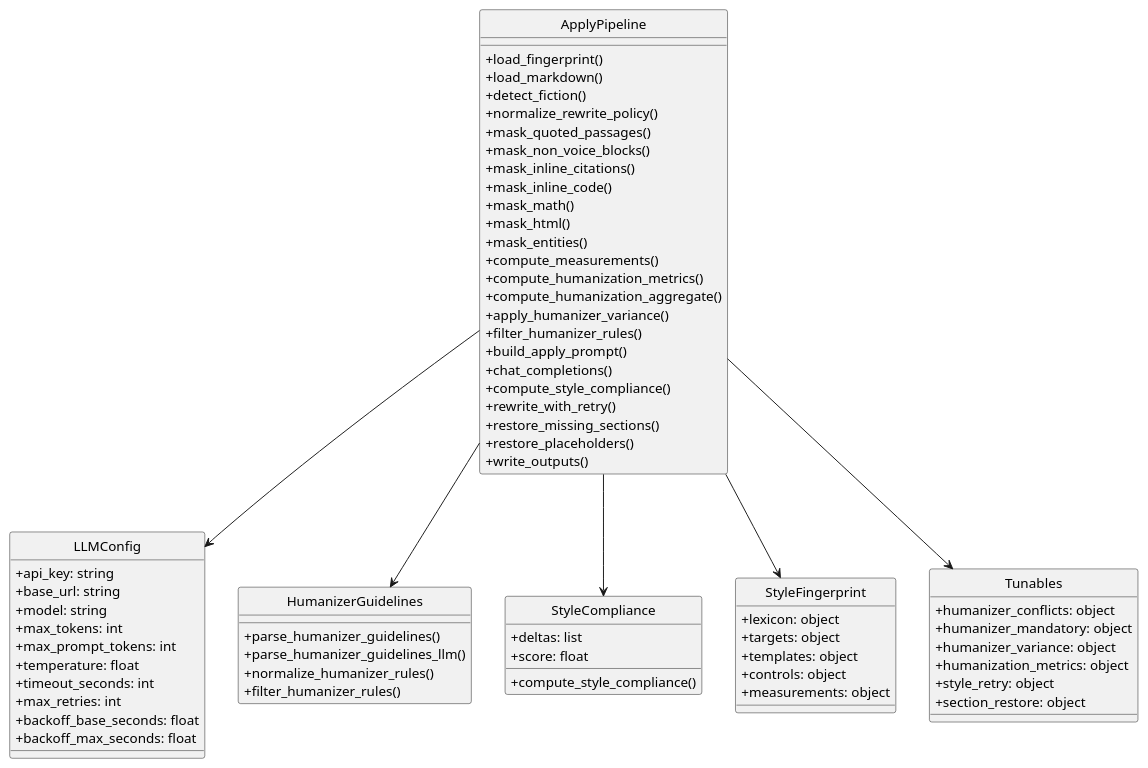
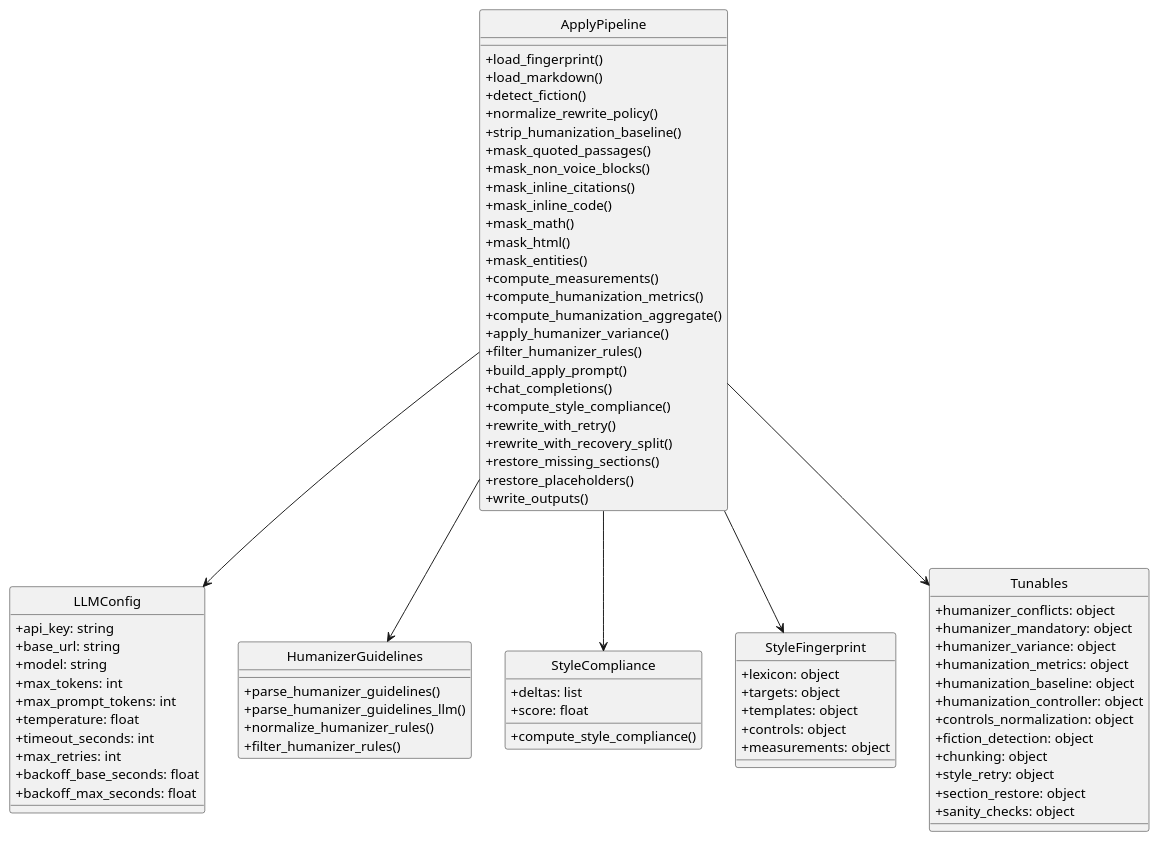
The first of 3 diagrams in UML-Apply.md (ngpepin/stylometric-transfer), drawn with PlantUML before and after one commit. The commit also changed other lines of this file and 15 other files, not shown here.

```diff
--- a/UML-Apply.md
+++ b/UML-Apply.md
@@ -27,6 +27,7 @@
   +load_markdown()
   +detect_fiction()
   +normalize_rewrite_policy()
+  +strip_humanization_baseline()
   +mask_quoted_passages()
   +mask_non_voice_blocks()
   +mask_inline_citations()
@@ -43,6 +44,7 @@
   +chat_completions()
   +compute_style_compliance()
   +rewrite_with_retry()
+  +rewrite_with_recovery_split()
   +restore_missing_sections()
   +restore_placeholders()
   +write_outputs()
@@ -74,8 +76,14 @@
   +humanizer_mandatory: object
   +humanizer_variance: object
   +humanization_metrics: object
+  +humanization_baseline: object
+  +humanization_controller: object
+  +controls_normalization: object
+  +fiction_detection: object
+  +chunking: object
   +style_retry: object
   +section_restore: object
+  +sanity_checks: object
 }
 
 ApplyPipeline --> LLMConfig
```
